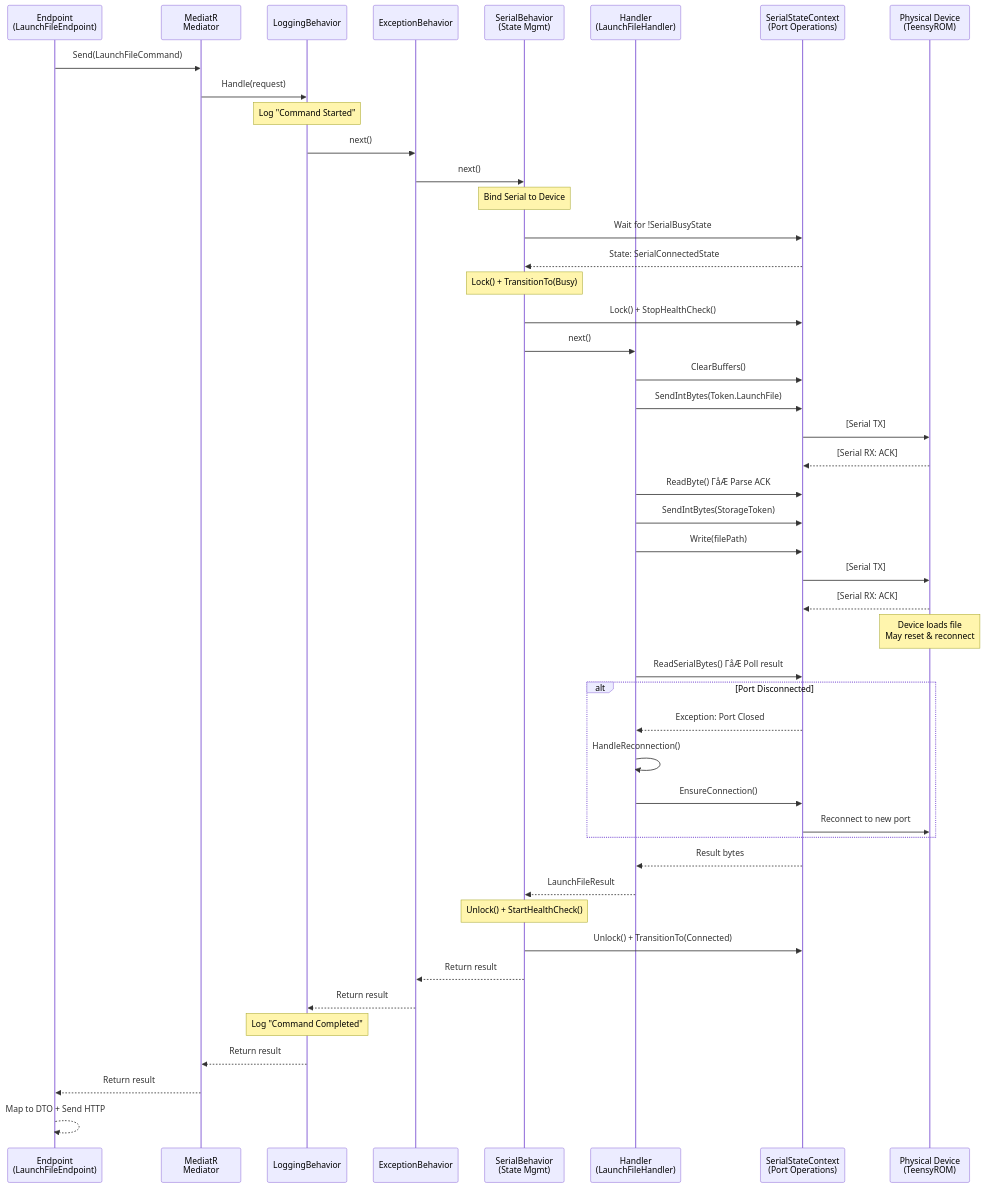
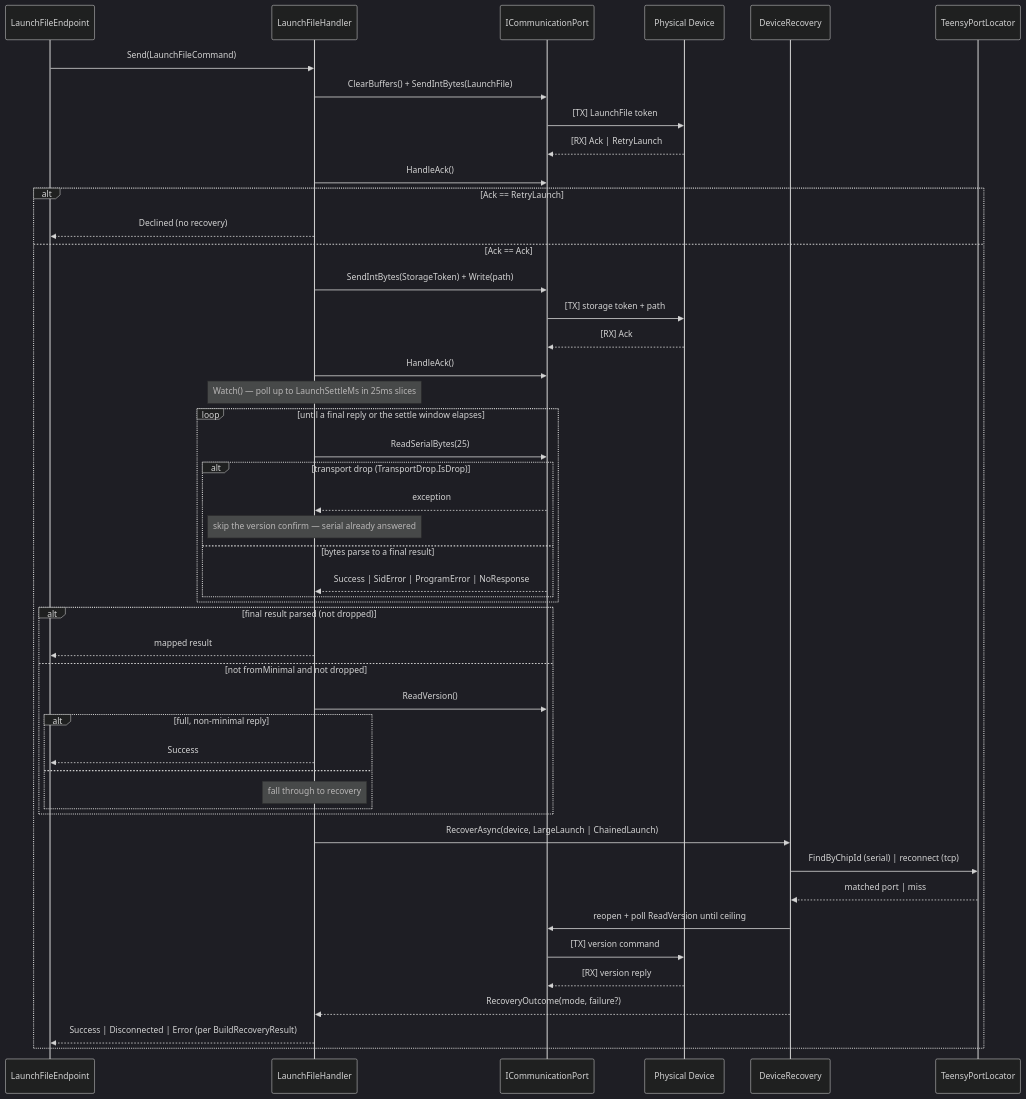
Before and after one commit to MetalHexx/TeensyROM-Web: the third of 4 diagrams in src/.claude/skills/backend-architecture/references/BACKEND_ARCHITECTURE.md, drawn with Mermaid. The commit also changed other lines of this file and 3 other files, not shown here.

````diff
--- a/src/.claude/skills/backend-architecture/references/BACKEND_ARCHITECTURE.md
+++ b/src/.claude/skills/backend-architecture/references/BACKEND_ARCHITECTURE.md
@@ -334,59 +430,56 @@
 ```mermaid
+%%{init: {'theme': 'dark', 'primaryColor': '#5a2c6b', 'primaryBorderColor': '#7d3fa3', 'primaryTextColor': '#fff', 'secondaryColor': '#0066cc', 'secondaryBorderColor': '#0052a3', 'tertiaryColor': '#2d7a3e', 'tertiaryBorderColor': '#1f5a2e', 'lineColor': '#b3b3b3', 'tertiaryTextColor': '#fff'}}%%
 sequenceDiagram
-    participant EP as Endpoint<br/>(LaunchFileEndpoint)
-    participant M as MediatR<br/>Mediator
-    participant LB as LoggingBehavior
-    participant EB as ExceptionBehavior
-    participant SB as SerialBehavior<br/>(State Mgmt)
-    participant H as Handler<br/>(LaunchFileHandler)
-    participant SS as SerialStateContext<br/>(Port Operations)
-    participant P as Physical Device<br/>(TeensyROM)
+    participant EP as LaunchFileEndpoint
+    participant H as LaunchFileHandler
+    participant P as ICommunicationPort
+    participant D as Physical Device
+    participant R as DeviceRecovery
+    participant L as TeensyPortLocator
 
-    EP->>M: Send(LaunchFileCommand)
-    M->>LB: Handle(request)
-    Note over LB: Log "Command Started"
-    LB->>EB: next()
-    EB->>SB: next()
-    
-    Note over SB: Bind Serial to Device
-    SB->>SS: Wait for !SerialBusyState
-    SS-->>SB: State: SerialConnectedState
-    
-    Note over SB: Lock() + TransitionTo(Busy)
-    SB->>SS: Lock() + StopHealthCheck()
-    SB->>H: next()
-    
-    H->>SS: ClearBuffers()
-    H->>SS: SendIntBytes(Token.LaunchFile)
-    SS->>P: [Serial TX]
-    P-->>SS: [Serial RX: ACK]
-    H->>SS: ReadByte() ΓåÆ Parse ACK
-    
-    H->>SS: SendIntBytes(StorageToken)
-    H->>SS: Write(filePath)
-    SS->>P: [Serial TX]
-    P-->>SS: [Serial RX: ACK]
-    
-    Note over P: Device loads file<br/>May reset & reconnect
-    
-    H->>SS: ReadSerialBytes() ΓåÆ Poll result
-    alt Port Disconnected
-        SS-->>H: Exception: Port Closed
-        H->>H: HandleReconnection()
-        H->>SS: EnsureConnection()
-        SS->>P: Reconnect to new port
+    EP->>H: Send(LaunchFileCommand)
+    H->>P: ClearBuffers() + SendIntBytes(LaunchFile)
+    P->>D: [TX] LaunchFile token
+    D-->>P: [RX] Ack | RetryLaunch
+    H->>P: HandleAck()
+
+    alt Ack == RetryLaunch
+        H-->>EP: Declined (no recovery)
+    else Ack == Ack
+        H->>P: SendIntBytes(StorageToken) + Write(path)
+        P->>D: [TX] storage token + path
+        D-->>P: [RX] Ack
+        H->>P: HandleAck()
+
+        Note over H: Watch() — poll up to LaunchSettleMs in 25ms slices
+        loop until a final reply or the settle window elapses
+            H->>P: ReadSerialBytes(25)
+            alt transport drop (TransportDrop.IsDrop)
+                P-->>H: exception
+                Note over H: skip the version confirm — serial already answered
+            else bytes parse to a final result
+                P-->>H: Success | SidError | ProgramError | NoResponse
+            end
+        end
+
+        alt final result parsed (not dropped)
+            H-->>EP: mapped result
+        else not fromMinimal and not dropped
+            H->>P: ReadVersion()
+            alt full, non-minimal reply
+                H-->>EP: Success
+            else
+                Note over H: fall through to recovery
+            end
+        end
+
+        H->>R: RecoverAsync(device, LargeLaunch | ChainedLaunch)
+        R->>L: FindByChipId (serial) | reconnect (tcp)
+        L-->>R: matched port | miss
+        R->>P: reopen + poll ReadVersion until ceiling
+        P->>D: [TX] version command
+        D-->>P: [RX] version reply
+        R-->>H: RecoveryOutcome(mode, failure?)
+        H-->>EP: Success | Disconnected | Error (per BuildRecoveryResult)
     end
-    
-    SS-->>H: Result bytes
-    H-->>SB: LaunchFileResult
-    
-    Note over SB: Unlock() + StartHealthCheck()
-    SB->>SS: Unlock() + TransitionTo(Connected)
-    SB-->>EB: Return result
-    EB-->>LB: Return result
-    
-    Note over LB: Log "Command Completed"
-    LB-->>M: Return result
-    M-->>EP: Return result
-    EP-->>EP: Map to DTO + Send HTTP
 ```
````
